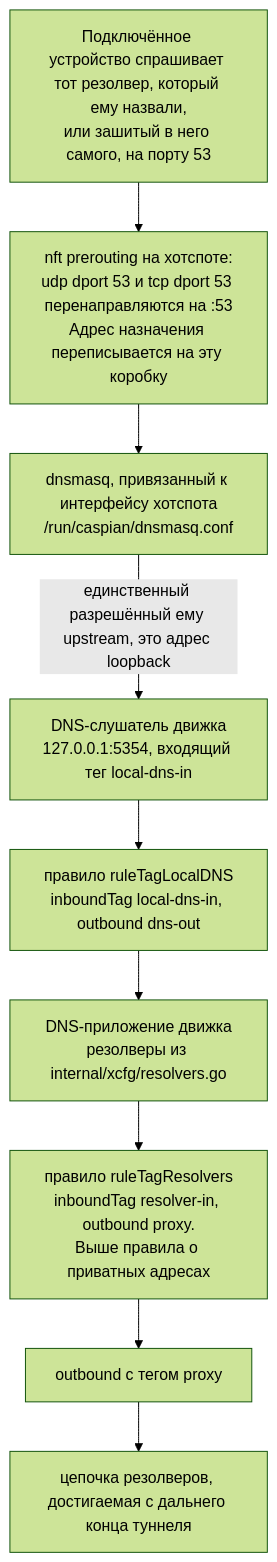
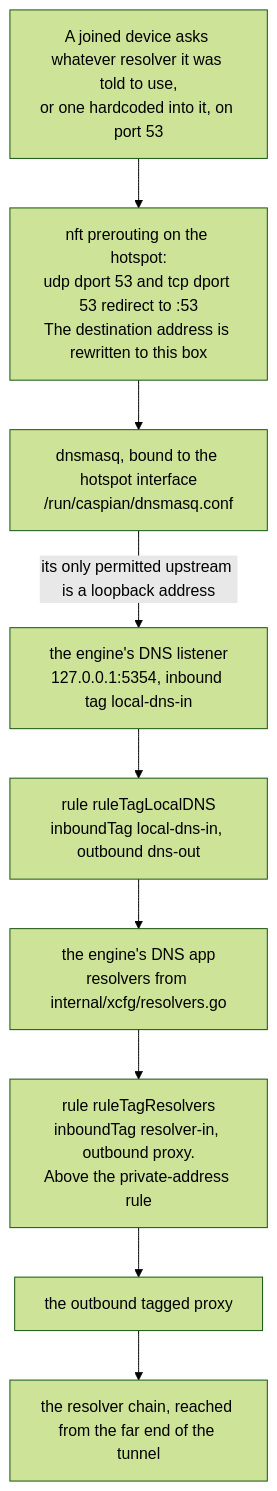
The seventh of 8 diagrams in docs/wiki/Architecture.ru.md (Iman/caspian), drawn with Mermaid (forest theme) before and after one commit. The commit also changed other lines of this file and 149 other files, not shown here.

````diff
--- a/docs/wiki/Architecture.ru.md
+++ b/docs/wiki/Architecture.ru.md
@@ -287,12 +290,12 @@
 ```mermaid
 flowchart TB
-    ASK["Подключённое устройство спрашивает тот резолвер, который ему назвали,<br/>или зашитый в него самого, на порту 53"]
-    ASK --> RD["nft prerouting на хотспоте:<br/>udp dport 53 и tcp dport 53 перенаправляются на :53<br/>Адрес назначения переписывается на эту коробку"]
-    RD --> DM["dnsmasq, привязанный к интерфейсу хотспота<br/>/run/caspian/dnsmasq.conf"]
-    DM -->|"единственный разрешённый ему upstream, это адрес loopback"| LD["DNS-слушатель движка<br/>127.0.0.1:5354, входящий тег local-dns-in"]
-    LD --> R1["правило ruleTagLocalDNS<br/>inboundTag local-dns-in, outbound dns-out"]
-    R1 --> APP["DNS-приложение движка<br/>резолверы из internal/xcfg/resolvers.go"]
-    APP --> R2["правило ruleTagResolvers<br/>inboundTag resolver-in, outbound proxy.<br/>Выше правила о приватных адресах"]
-    R2 --> OB["outbound с тегом proxy"]
-    OB --> EXIT["цепочка резолверов, достигаемая с дальнего конца туннеля"]
+    ASK["A joined device asks whatever resolver it was told to use,<br/>or one hardcoded into it, on port 53"]
+    ASK --> RD["nft prerouting on the hotspot:<br/>udp dport 53 and tcp dport 53 redirect to :53<br/>The destination address is rewritten to this box"]
+    RD --> DM["dnsmasq, bound to the hotspot interface<br/>/run/caspian/dnsmasq.conf"]
+    DM -->|"its only permitted upstream is a loopback address"| LD["the engine's DNS listener<br/>127.0.0.1:5354, inbound tag local-dns-in"]
+    LD --> R1["rule ruleTagLocalDNS<br/>inboundTag local-dns-in, outbound dns-out"]
+    R1 --> APP["the engine's DNS app<br/>resolvers from internal/xcfg/resolvers.go"]
+    APP --> R2["rule ruleTagResolvers<br/>inboundTag resolver-in, outbound proxy.<br/>Above the private-address rule"]
+    R2 --> OB["the outbound tagged proxy"]
+    OB --> EXIT["the resolver chain, reached from the far end of the tunnel"]
 ```
````
